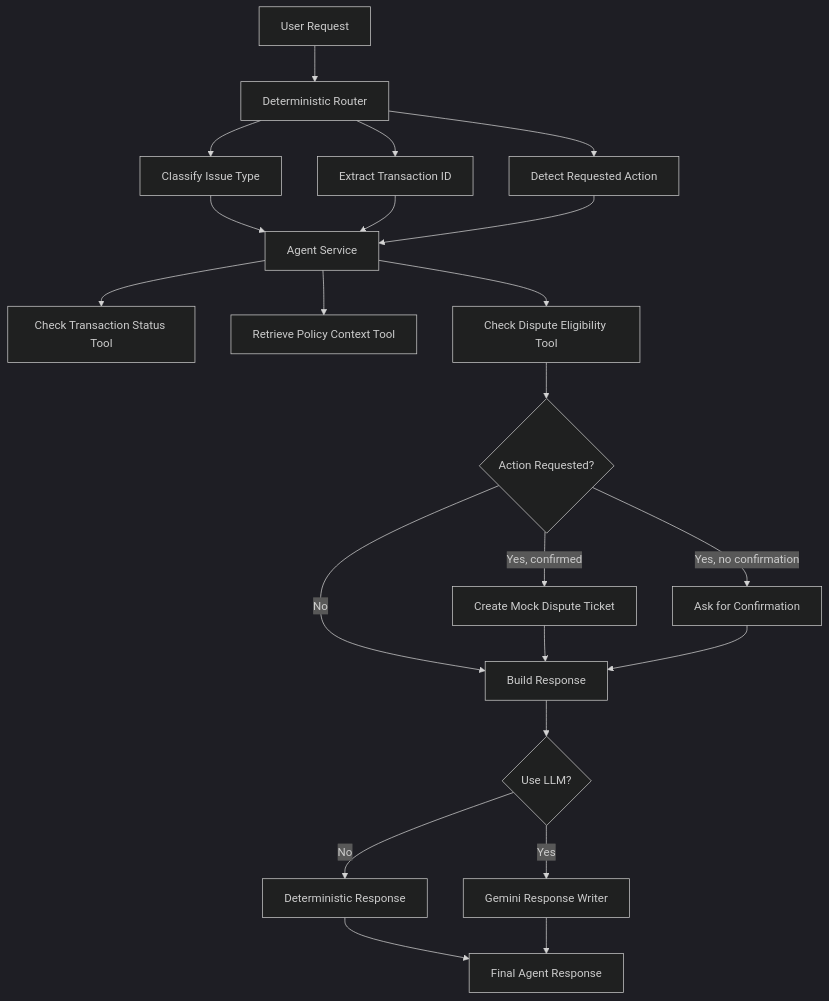
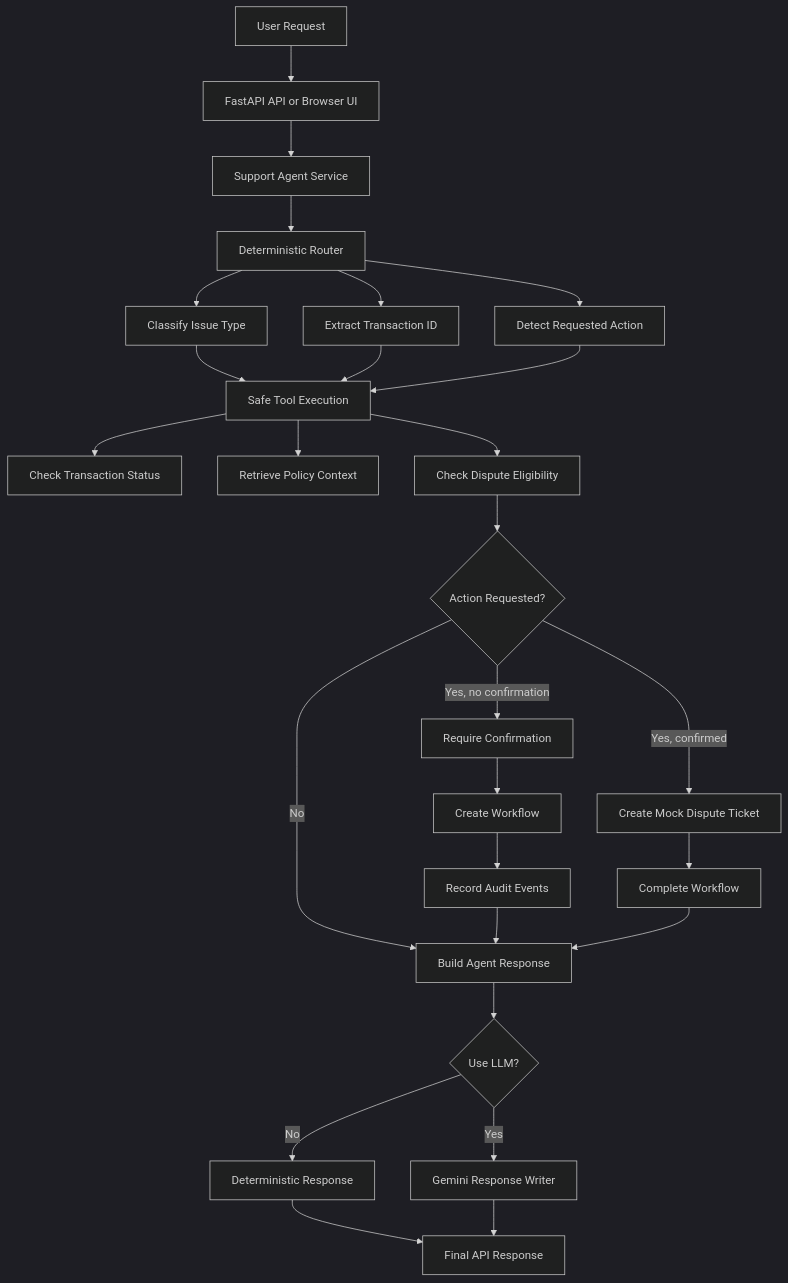
One commit to ha7n23/banking-support-agent changed the diagram in docs/ARCHITECTURE.md. Above: the diagram before and after it, drawn with Mermaid (dark theme). The commit also changed other lines of this file and 5 other files, not shown here.

````diff
--- a/docs/ARCHITECTURE.md
+++ b/docs/ARCHITECTURE.md
@@ -35,31 +104,37 @@
 ```mermaid
 flowchart TD
-    A[User Request] --> B[Deterministic Router]
+    A[User Request] --> B[FastAPI API or Browser UI]
+    B --> C[Support Agent Service]
+    C --> D[Deterministic Router]
 
-    B --> C[Classify Issue Type]
-    B --> D[Extract Transaction ID]
-    B --> E[Detect Requested Action]
+    D --> E[Classify Issue Type]
+    D --> F[Extract Transaction ID]
+    D --> G[Detect Requested Action]
 
-    C --> F[Agent Service]
-    D --> F
-    E --> F
+    E --> H[Safe Tool Execution]
+    F --> H
+    G --> H
 
-    F --> G[Check Transaction Status Tool]
-    F --> H[Retrieve Policy Context Tool]
-    F --> I[Check Dispute Eligibility Tool]
+    H --> I[Check Transaction Status]
+    H --> J[Retrieve Policy Context]
+    H --> K[Check Dispute Eligibility]
 
-    I --> J{Action Requested?}
-    J -->|No| K[Build Response]
-    J -->|Yes, no confirmation| L[Ask for Confirmation]
-    J -->|Yes, confirmed| M[Create Mock Dispute Ticket]
+    K --> L{Action Requested?}
+    L -->|No| M[Build Agent Response]
+    L -->|Yes, no confirmation| N[Require Confirmation]
+    L -->|Yes, confirmed| O[Create Mock Dispute Ticket]
 
-    M --> K
-    L --> K
+    N --> P[Create Workflow]
+    P --> Q[Record Audit Events]
+    Q --> M
 
-    K --> N{Use LLM?}
-    N -->|No| O[Deterministic Response]
-    N -->|Yes| P[Gemini Response Writer]
+    O --> R[Complete Workflow]
+    R --> M
 
-    O --> Q[Final Agent Response]
-    P --> Q
+    M --> S{Use LLM?}
+    S -->|No| T[Deterministic Response]
+    S -->|Yes| U[Gemini Response Writer]
+
+    T --> V[Final API Response]
+    U --> V
 ```
````
